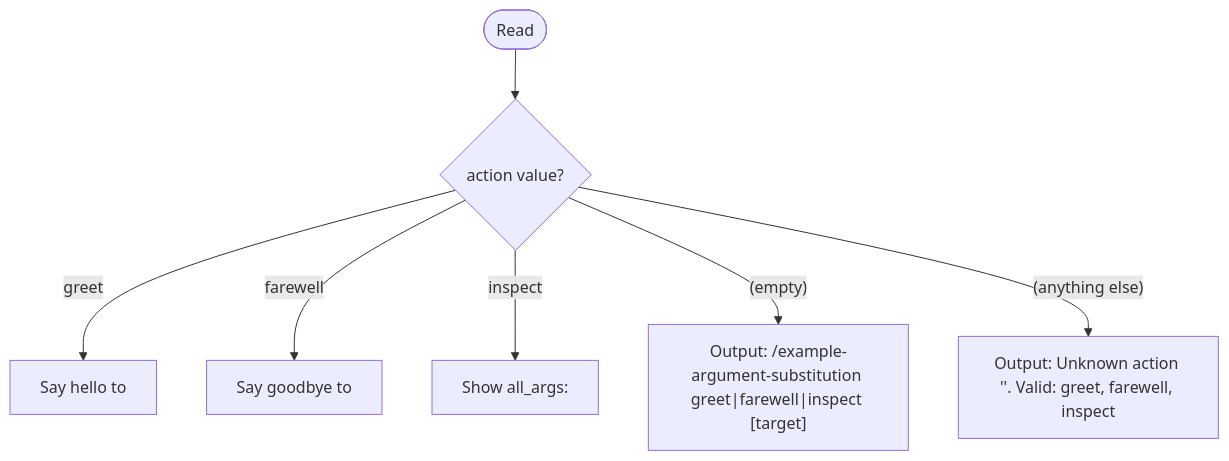
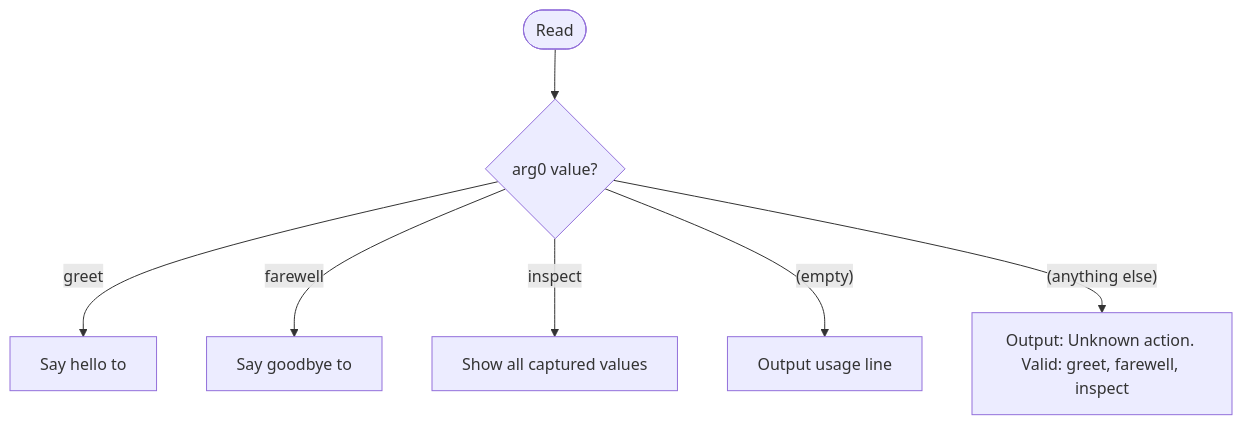
Before and after one commit to chgreer1070/claude_skills: the diagram in .claude/skills/example-argument-substitution/SKILL.md, drawn with Mermaid. The commit also changed other lines of this file, not shown here.

First line of the commit message:
docs(skills): expand example-argument-substitution with full arg range and canary protocol

````diff
--- a/.claude/skills/example-argument-substitution/SKILL.md
+++ b/.claude/skills/example-argument-substitution/SKILL.md
@@ -37,9 +63,9 @@
 ```mermaid
 flowchart TD
-    Start(["Read <action>"]) --> Q{action value?}
-    Q -->|"greet"| Greet["Say hello to <target>"]
-    Q -->|"farewell"| Farewell["Say goodbye to <target>"]
-    Q -->|"inspect"| Inspect["Show all_args: <all_args>"]
-    Q -->|"(empty)"| Help["Output: /example-argument-substitution greet|farewell|inspect [target]"]
-    Q -->|"(anything else)"| Unknown["Output: Unknown action '<action>'. Valid: greet, farewell, inspect"]
+    Start(["Read <arg0>"]) --> Q{arg0 value?}
+    Q -->|"greet"| Greet["Say hello to <arg1>"]
+    Q -->|"farewell"| Farewell["Say goodbye to <arg1>"]
+    Q -->|"inspect"| Inspect["Show all captured values"]
+    Q -->|"(empty)"| Help["Output usage line"]
+    Q -->|"(anything else)"| Unknown["Output: Unknown action. Valid: greet, farewell, inspect"]
 ```
````
